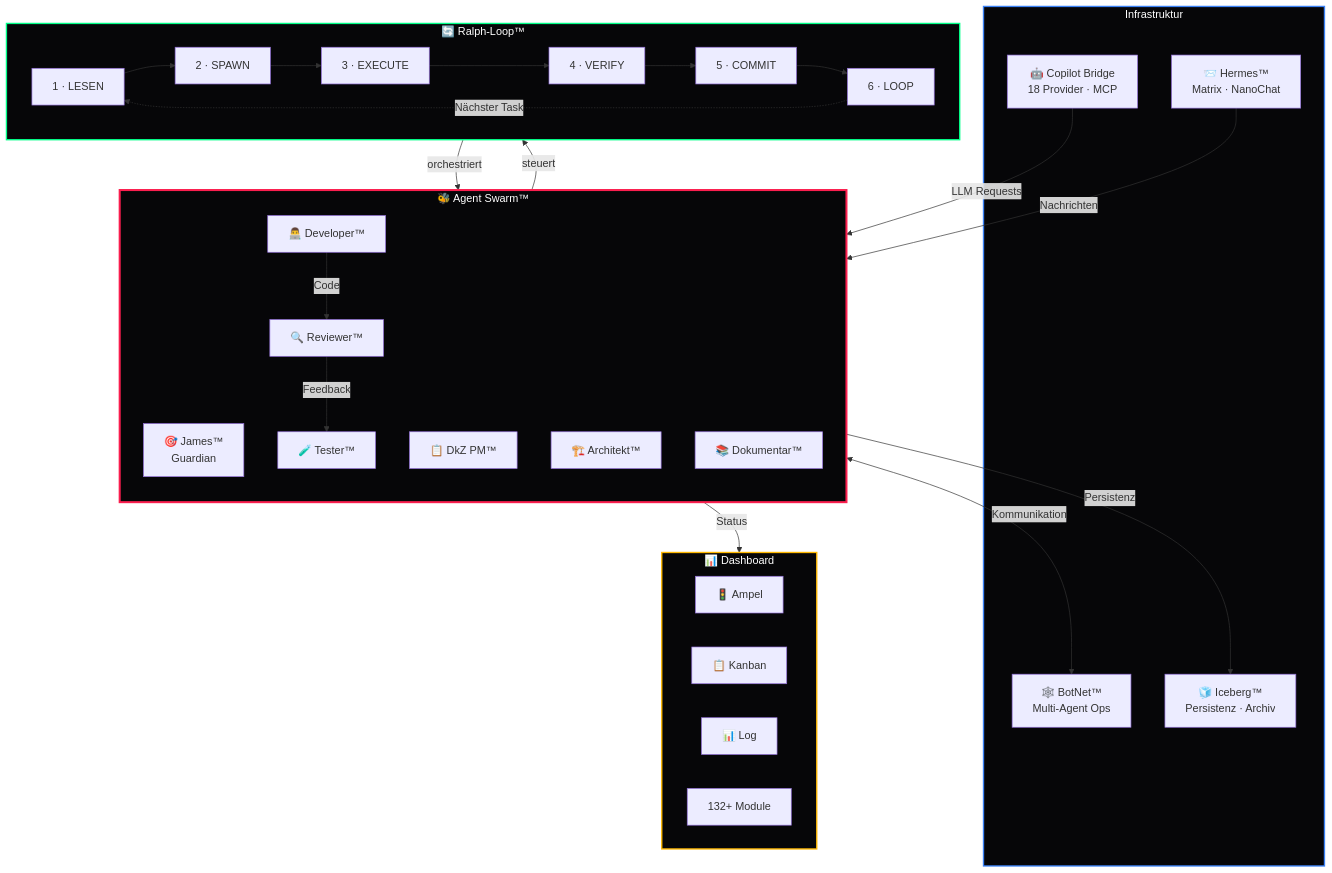
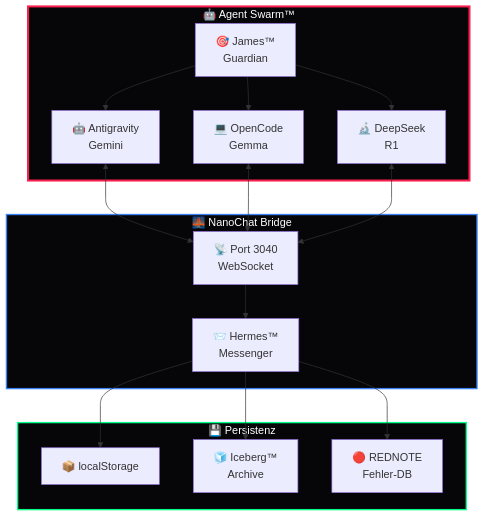
The diagram in README.md (D-VKITZ/agent-swarm), drawn with Mermaid before and after one commit. The commit also changed other lines of this file, not shown here.

Commit message:
docs: BMAD-Style README mit Badges, Mermaid, Tags

````diff
--- a/README.md
+++ b/README.md
@@ -60,51 +44,29 @@
 ```mermaid
 graph TB
-    subgraph SWARM["🐝 Agent Swarm™"]
-        direction TB
-        JAMES["🎯 James™<br/>Guardian"]
-        PM["📋 DkZ PM™"]
-        ARCH["🏗️ Architekt™"]
-        DEV["👨‍💻 Developer™"]
-        REV["🔍 Reviewer™"]
-        TEST["🧪 Tester™"]
-        DOC["📚 Dokumentar™"]
+    subgraph SWARM["🤖 Agent Swarm™"]
+        J["🎯 James™<br/>Guardian"]
+        AG["🤖 Antigravity<br/>Gemini"]
+        OC["💻 OpenCode<br/>Gemma"]
+        DS["🔬 DeepSeek<br/>R1"]
     end
 
-    subgraph RALPH["🔄 Ralph-Loop™"]
-        R1["1 · LESEN"] --> R2["2 · SPAWN"]
-        R2 --> R3["3 · EXECUTE"]
-        R3 --> R4["4 · VERIFY"]
-        R4 --> R5["5 · COMMIT"]
-        R5 --> R6["6 · LOOP"]
-        R6 -.->|Nächster Task| R1
+    subgraph BRIDGE["🌉 NanoChat Bridge"]
+        NC["📡 Port 3040<br/>WebSocket"]
+        HM["📨 Hermes™<br/>Messenger"]
     end
 
-    subgraph INFRA["Infrastruktur"]
-        BOTNET["🕸️ BotNet™<br/>Multi-Agent Ops"]
-        COPILOT["🤖 Copilot Bridge<br/>18 Provider · MCP"]
-        HERMES["📨 Hermes™<br/>Matrix · NanoChat"]
-        ICEBERG["🧊 Iceberg™<br/>Persistenz · Archiv"]
+    subgraph STORAGE["💾 Persistenz"]
+        LS["📦 localStorage"]
+        IC["🧊 Iceberg™<br/>Archive"]
+        RN["🔴 REDNOTE<br/>Fehler-DB"]
     end
 
-    subgraph DASH["📊 Dashboard"]
-        AMPEL["🚦 Ampel"]
-        KANBAN["📋 Kanban"]
-        LOG["📊 Log"]
-        MODS["132+ Module"]
-    end
+    J --> AG & OC & DS
+    AG & OC & DS <--> NC
+    NC --> HM
+    HM --> LS & IC & RN
 
-    JAMES -->|steuert| RALPH
-    RALPH -->|orchestriert| DEV
-    DEV -->|Code| REV
-    REV -->|Feedback| TEST
-    SWARM <-->|Kommunikation| BOTNET
-    COPILOT -->|LLM Requests| SWARM
-    HERMES -->|Nachrichten| SWARM
-    SWARM -->|Persistenz| ICEBERG
-    SWARM -->|Status| DASH
-
-    style SWARM fill:#060608,stroke:#fa1e4e,stroke-width:3px,color:#ffffff
-    style RALPH fill:#060608,stroke:#00ff88,stroke-width:2px,color:#ffffff
-    style INFRA fill:#060608,stroke:#3b82f6,stroke-width:2px,color:#ffffff
-    style DASH fill:#060608,stroke:#ffb800,stroke-width:2px,color:#ffffff
+    style SWARM fill:#060608,stroke:#fa1e4e,stroke-width:3px,color:#fff
+    style BRIDGE fill:#060608,stroke:#3b82f6,stroke-width:2px,color:#fff
+    style STORAGE fill:#060608,stroke:#00ff88,stroke-width:2px,color:#fff
 ```
````
